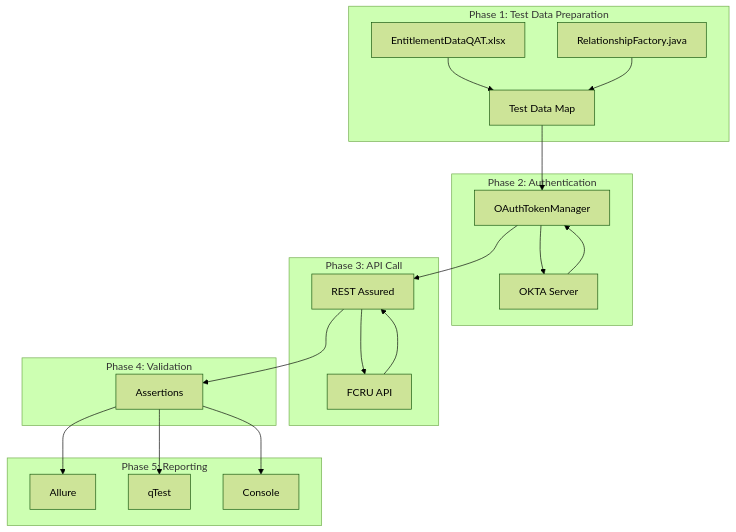
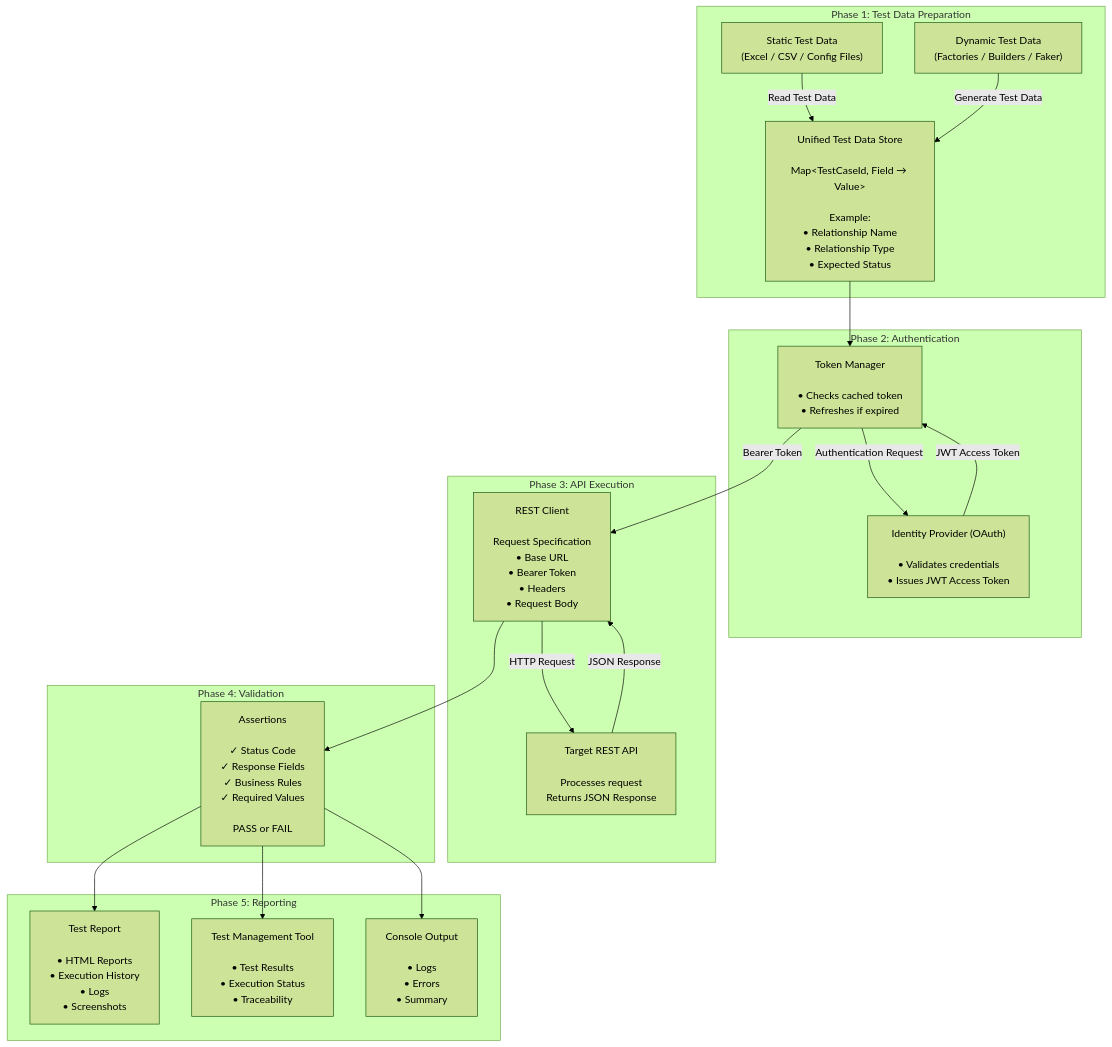
One commit to infiniai-tech/Onboarding_test_automation_rbc changed the third of 3 diagrams in Entity_Structure_Test_Automation_Onboarding.md. Above: the diagram before and after it, drawn with Mermaid (forest theme). The commit also changed other lines of this file, not shown here.

Commit message:
update test execution data flow diagram with detailed 5-phase flowchart

````diff
--- a/Entity_Structure_Test_Automation_Onboarding.md
+++ b/Entity_Structure_Test_Automation_Onboarding.md
@@ -130,39 +153,74 @@
 ```mermaid
 flowchart TD
-subgraph Phase1["Phase 1: Test Data Preparation"]
-EXCEL["EntitlementDataQAT.xlsx"]
-FACTORY["RelationshipFactory.java"]
-MAP["Test Data Map"]
-EXCEL-->MAP
-FACTORY-->MAP
-end
 
-subgraph Phase2["Phase 2: Authentication"]
-AUTH["OAuthTokenManager"]
-OKTA["OKTA Server"]
-AUTH-->OKTA
-OKTA-->AUTH
-end
+    %% ============================
+    %% Phase 1
+    %% ============================
+    subgraph P1["Phase 1: Test Data Preparation"]
 
-subgraph Phase3["Phase 3: API Call"]
-REST["REST Assured"]
-API["FCRU API"]
-REST-->API
-API-->REST
-end
+        EXCEL["Static Test Data<br/>(Excel / CSV / Config Files)"]
 
-subgraph Phase4["Phase 4: Validation"]
-ASSERT["Assertions"]
-end
+        GENERATED["Dynamic Test Data<br/>(Factories / Builders / Faker)"]
 
-subgraph Phase5["Phase 5: Reporting"]
-ALLURE["Allure"]
-QTEST["qTest"]
-CONSOLE["Console"]
-end
+        MAP["Unified Test Data Store<br/><br/>Map&lt;TestCaseId, Field → Value&gt;<br/><br/>Example:<br/>• Relationship Name<br/>• Relationship Type<br/>• Expected Status"]
 
-MAP-->AUTH-->REST-->ASSERT
-ASSERT-->ALLURE
-ASSERT-->QTEST
-ASSERT-->CONSOLE
+        EXCEL -->|"Read Test Data"| MAP
+        GENERATED -->|"Generate Test Data"| MAP
+    end
+
+    %% ============================
+    %% Phase 2
+    %% ============================
+    subgraph P2["Phase 2: Authentication"]
+
+        TOKEN["Token Manager<br/><br/>• Checks cached token<br/>• Refreshes if expired"]
+
+        AUTH["Identity Provider (OAuth)<br/><br/>• Validates credentials<br/>• Issues JWT Access Token"]
+
+        TOKEN -->|"Authentication Request"| AUTH
+        AUTH -->|"JWT Access Token"| TOKEN
+    end
+
+    %% ============================
+    %% Phase 3
+    %% ============================
+    subgraph P3["Phase 3: API Execution"]
+
+        CLIENT["REST Client<br/><br/>Request Specification<br/>• Base URL<br/>• Bearer Token<br/>• Headers<br/>• Request Body"]
+
+        API["Target REST API<br/><br/>Processes request<br/>Returns JSON Response"]
+
+        CLIENT -->|"HTTP Request"| API
+        API -->|"JSON Response"| CLIENT
+    end
+
+    %% ============================
+    %% Phase 4
+    %% ============================
+    subgraph P4["Phase 4: Validation"]
+
+        ASSERT["Assertions<br/><br/>✓ Status Code<br/>✓ Response Fields<br/>✓ Business Rules<br/>✓ Required Values<br/><br/>PASS or FAIL"]
+
+    end
+
+    %% ============================
+    %% Phase 5
+    %% ============================
+    subgraph P5["Phase 5: Reporting"]
+
+        REPORT["Test Report<br/><br/>• HTML Reports<br/>• Execution History<br/>• Logs<br/>• Screenshots"]
+
+        MGMT["Test Management Tool<br/><br/>• Test Results<br/>• Execution Status<br/>• Traceability"]
+
+        CONSOLE["Console Output<br/><br/>• Logs<br/>• Errors<br/>• Summary"]
+
+    end
+
+    %% Flow
+    MAP --> TOKEN
+    TOKEN -->|"Bearer Token"| CLIENT
+    CLIENT --> ASSERT
+    ASSERT --> REPORT
+    ASSERT --> MGMT
+    ASSERT --> CONSOLE
 ```
````
